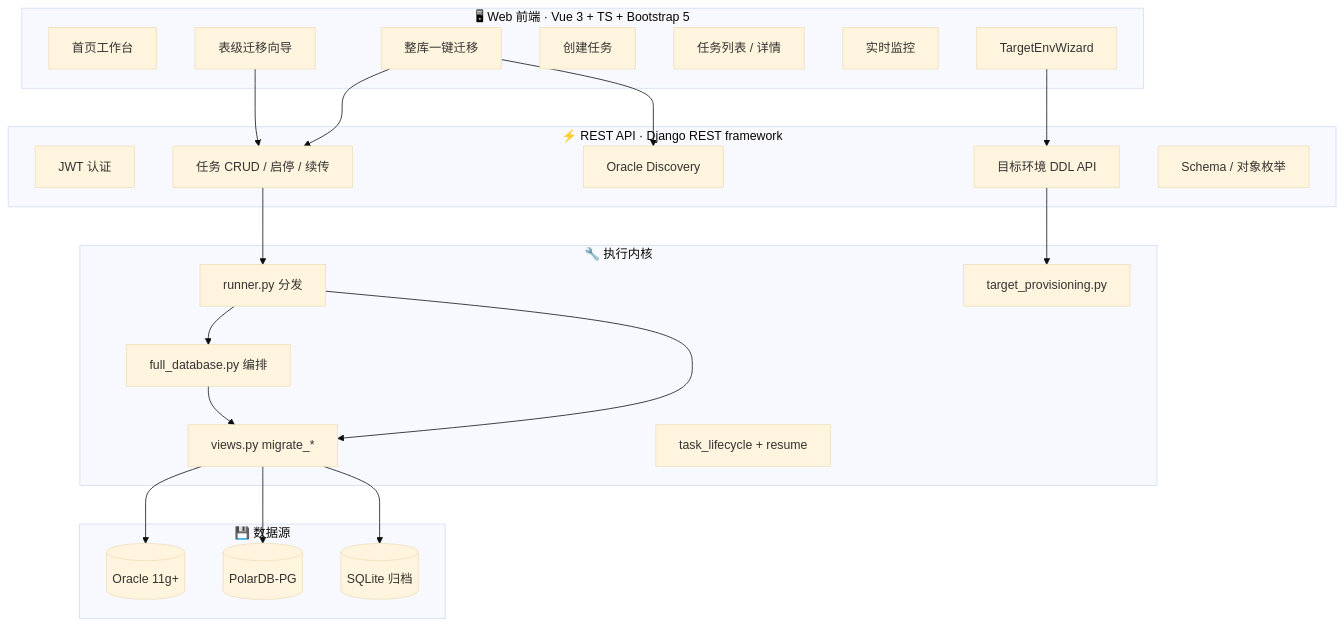
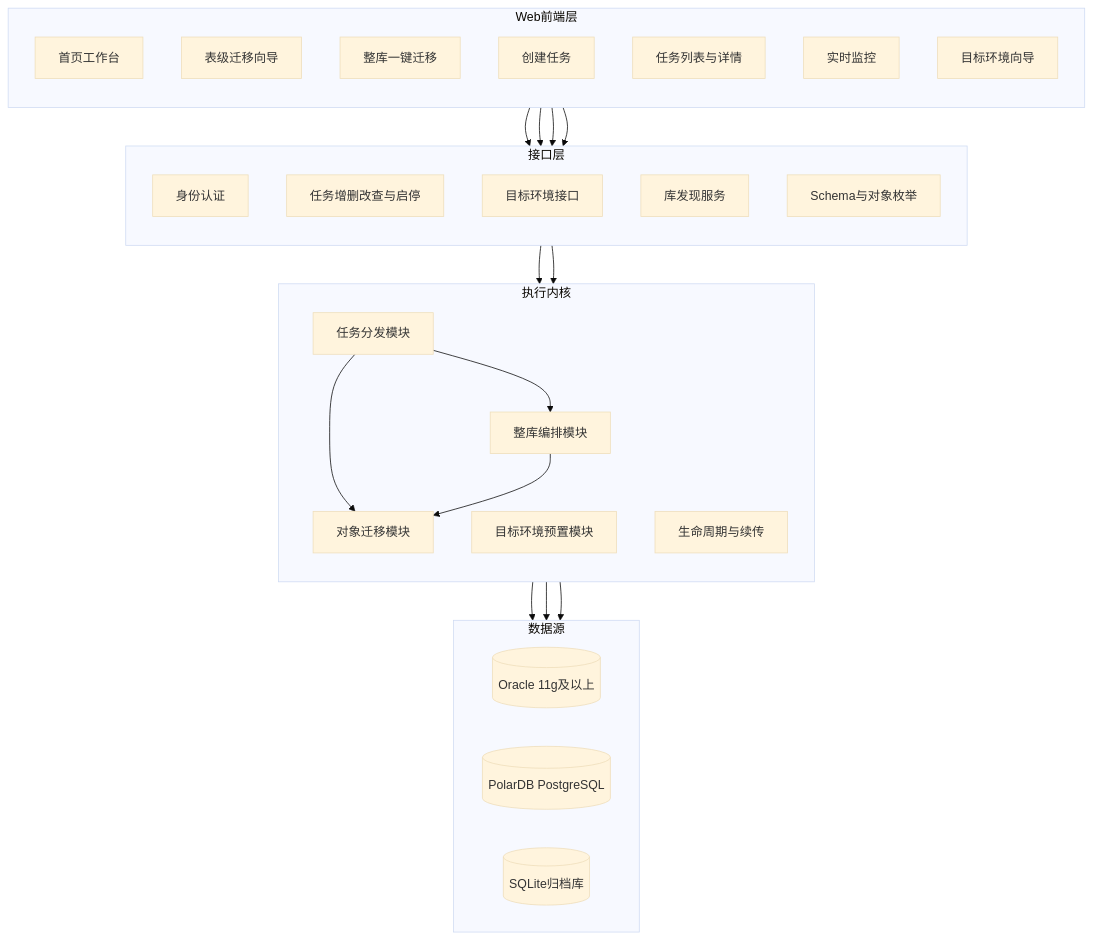
One commit to hayratjan/oracle2polardb_pg changed the fourth of 5 diagrams in README.md. Above: the diagram before and after it, drawn with Mermaid (base theme). The commit also changed other lines of this file and 5 other files, not shown here.

First line of the commit message:
docs: 美化 README 文档并修复 Mermaid 10.9.3 语法兼容性

````diff
--- a/README.md
+++ b/README.md
@@ -302,47 +443,51 @@
 ```mermaid
 flowchart TB
-  subgraph FE ["🖥 Web 前端 · Vue 3 + TS + Bootstrap 5"]
+  subgraph FE [Web前端层]
+    direction TB
     Home["首页工作台"]
     TableWiz["表级迁移向导"]
     FullDB["整库一键迁移"]
     Create["创建任务"]
-    Tasks["任务列表 / 详情"]
+    Tasks["任务列表与详情"]
     Monitor["实时监控"]
-    TargetWiz["TargetEnvWizard"]
+    TargetWiz["目标环境向导"]
   end
 
-  subgraph API ["⚡ REST API · Django REST framework"]
-    Auth["JWT 认证"]
-    TaskAPI["任务 CRUD / 启停 / 续传"]
-    DDL["目标环境 DDL API"]
-    Discovery["Oracle Discovery"]
-    Meta["Schema / 对象枚举"]
+  subgraph API [接口层]
+    direction TB
+    Auth["身份认证"]
+    TaskAPI["任务增删改查与启停"]
+    DDL["目标环境接口"]
+    Discovery["库发现服务"]
+    Meta["Schema与对象枚举"]
   end
 
-  subgraph Core ["🔧 执行内核"]
-    Runner["runner.py 分发"]
-    Provision["target_provisioning.py"]
-    FullOrch["full_database.py 编排"]
-    Migrate["views.py migrate_*"]
-    Lifecycle["task_lifecycle + resume"]
+  subgraph Core [执行内核]
+    direction TB
+    Runner["任务分发模块"]
+    Provision["目标环境预置模块"]
+    FullOrch["整库编排模块"]
+    Migrate["对象迁移模块"]
+    Lifecycle["生命周期与续传"]
   end
 
-  subgraph Data ["💾 数据源"]
-    Oracle[("Oracle 11g+")]
-    PolarDB[("PolarDB-PG")]
-    SQLite[("SQLite 归档")]
+  subgraph Data [数据源]
+    direction LR
+    Oracle[("Oracle 11g及以上")]
+    PolarDB[("PolarDB PostgreSQL")]
+    SQLite[("SQLite归档库")]
   end
 
   TableWiz --> TaskAPI
   FullDB --> TaskAPI
   TargetWiz --> DDL
   FullDB --> Discovery
   TaskAPI --> Runner
   DDL --> Provision
   Runner --> FullOrch
   Runner --> Migrate
   FullOrch --> Migrate
   Migrate --> Oracle
   Migrate --> PolarDB
   Migrate --> SQLite
 ```
````
